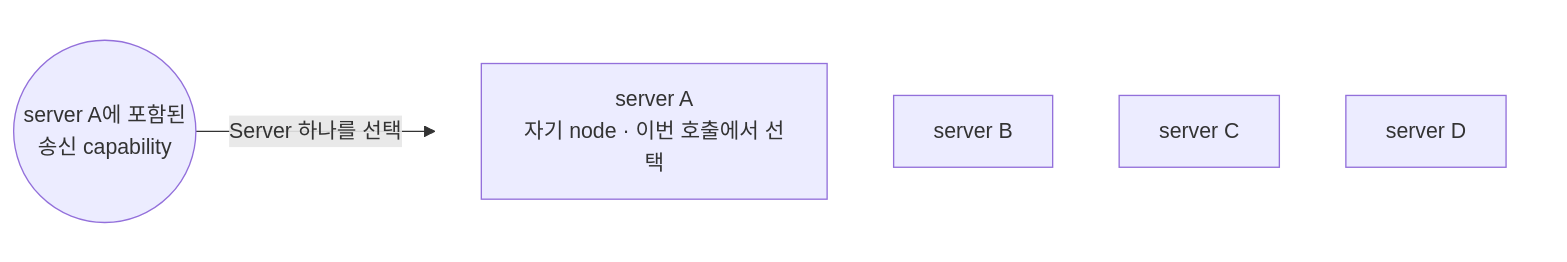
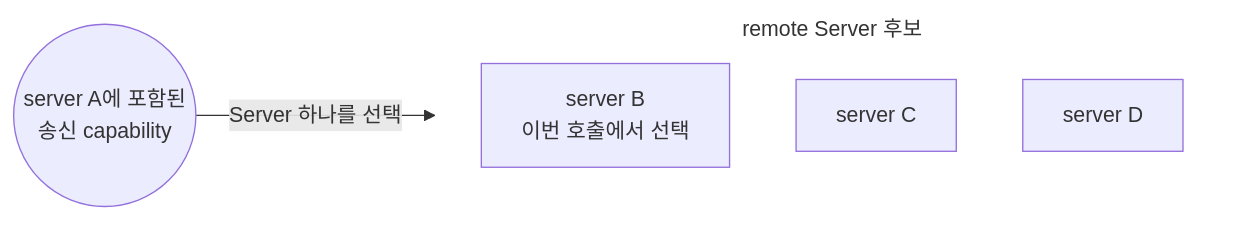
Before and after one commit to zlink-systems/zlink: the third of 3 diagrams in framework/doc/framework/common/spec/server/02-channel-transport/01-channel-topology.ko.md, drawn with Mermaid. The commit also changed other lines of this file and 51 other files, not shown here.

````diff
--- a/framework/doc/framework/common/spec/server/02-channel-transport/01-channel-topology.ko.md
+++ b/framework/doc/framework/common/spec/server/02-channel-transport/01-channel-topology.ko.md
@@ -353,16 +351,15 @@
 ```mermaid
 flowchart LR
     Caller(("server A에 포함된<br/>송신 capability"))
 
-    subgraph ServerTargets[" "]
+    subgraph ServerTargets["remote Server 후보"]
         direction TB
-        SA["server A<br/>자기 node · 이번 호출에서 선택"]
-        SB["server B"]
+        SB["server B<br/>이번 호출에서 선택"]
         SC["server C"]
         SD["server D"]
     end
 
-    Caller -->|Server 하나를 선택| SA
+    Caller -->|Server 하나를 선택| SB
 
     style ServerTargets fill:transparent,stroke:transparent
 ```
````
